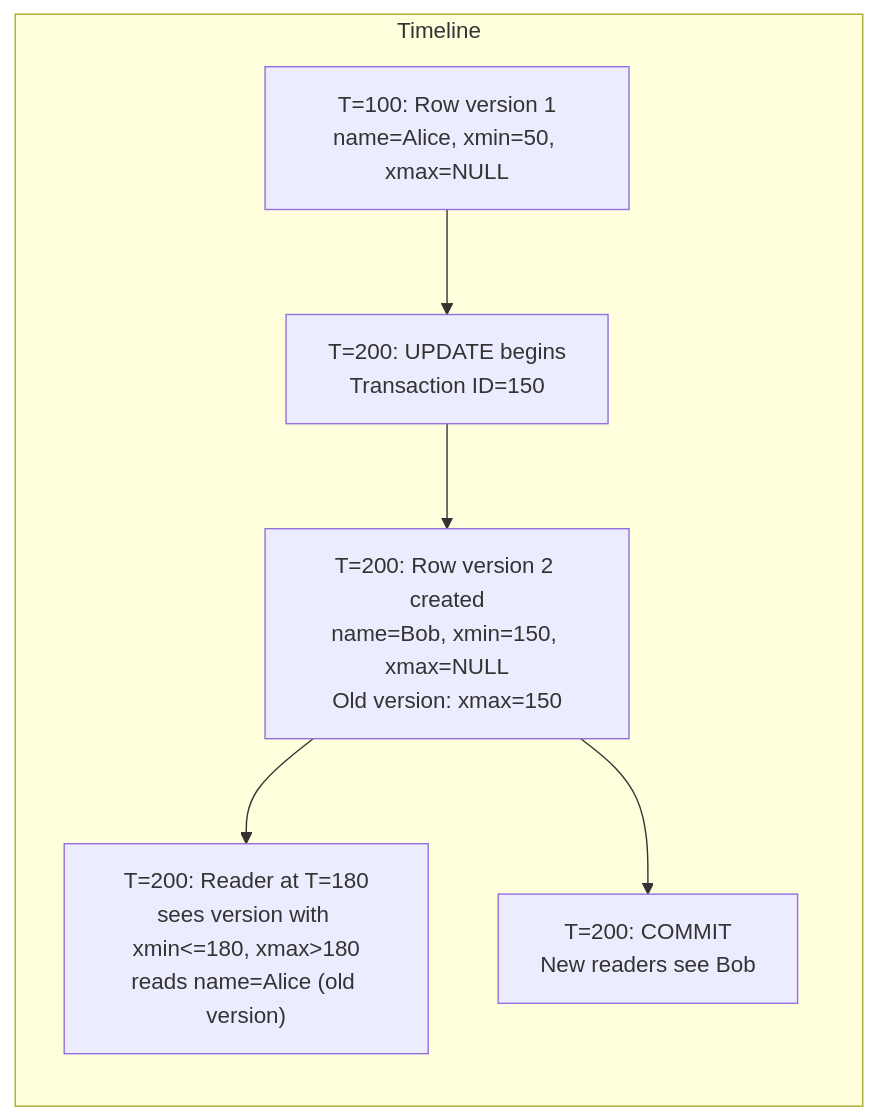
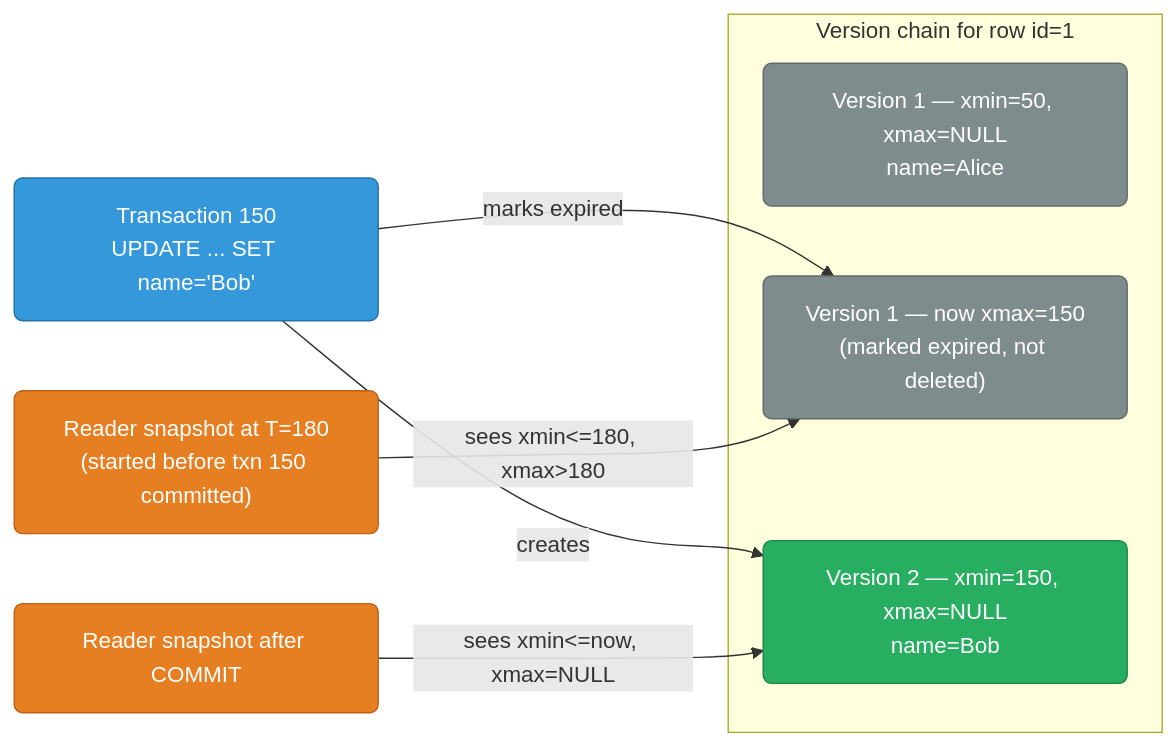
One commit to deepanshu-rawat6/DevOpsIndex changed the second of 2 diagrams in databases/README.md. Above: the diagram before and after it, drawn with Mermaid. The commit also changed other lines of this file and 7 other files, not shown here.

````diff
--- a/databases/README.md
+++ b/databases/README.md
@@ -57,13 +84,19 @@
 ```mermaid
 graph LR
-    subgraph Time["Timeline"]
-        T1["T=100: Row version 1<br>name=Alice, xmin=50, xmax=NULL"]
-        T2["T=200: UPDATE begins<br>Transaction ID=150"]
-        T3["T=200: Row version 2 created<br>name=Bob, xmin=150, xmax=NULL<br>Old version: xmax=150"]
-        T4["T=200: Reader at T=180<br>sees version with xmin<=180, xmax>180<br>reads name=Alice (old version)"]
-        T5["T=200: COMMIT<br>New readers see Bob"]
+    classDef old fill:#7f8c8d,stroke:#616a6b,color:#fff,rx:6
+    classDef current fill:#27ae60,stroke:#1e8449,color:#fff,rx:6
+    classDef txn fill:#3498db,stroke:#2471a3,color:#fff,rx:6
+    classDef reader fill:#e67e22,stroke:#ba6018,color:#fff,rx:6
+
+    subgraph CHAIN["Version chain for row id=1"]
+        V1["Version 1 — xmin=50, xmax=NULL<br/>name=Alice"]:::old
+        V1X["Version 1 — now xmax=150<br/>(marked expired, not deleted)"]:::old
+        V2["Version 2 — xmin=150, xmax=NULL<br/>name=Bob"]:::current
     end
-    T1 --> T2 --> T3
-    T3 --> T4
-    T3 --> T5
+
+    TX["Transaction 150<br/>UPDATE ... SET name='Bob'"]:::txn -->|creates| V2
+    TX -->|marks expired| V1X
+
+    R1["Reader snapshot at T=180<br/>(started before txn 150 committed)"]:::reader -->|"sees xmin&lt;=180, xmax&gt;180"| V1X
+    R2["Reader snapshot after COMMIT"]:::reader -->|"sees xmin&lt;=now, xmax=NULL"| V2
 ```
````
